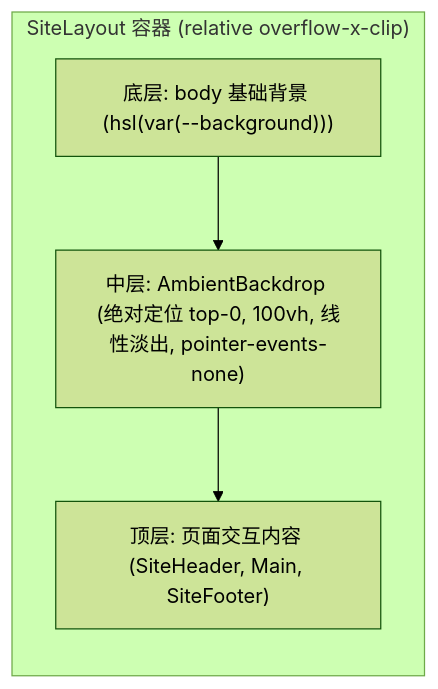
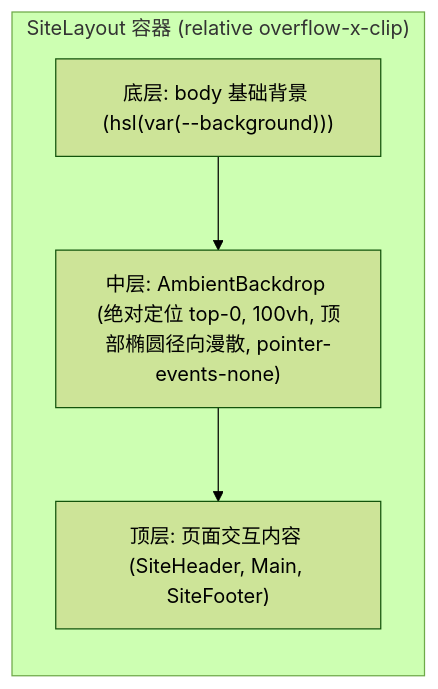
Before and after one commit to xidongdong-153/blog: the first of 2 diagrams in .trellis/tasks/archive/2026-09/09-04-add-ambient-backdrop/prd.md, drawn with Mermaid (forest theme). The commit also changed other lines of this file and 3 other files, not shown here.

````diff
--- a/.trellis/tasks/archive/2026-09/09-04-add-ambient-backdrop/prd.md
+++ b/.trellis/tasks/archive/2026-09/09-04-add-ambient-backdrop/prd.md
@@ -11,10 +11,10 @@
 ```mermaid
 flowchart TD
   subgraph Layout["SiteLayout 容器 (relative overflow-x-clip)"]
     direction TB
     L1["底层: body 基础背景 (hsl(var(--background)))"]
-    L2["中层: AmbientBackdrop (绝对定位 top-0, 100vh, 线性淡出, pointer-events-none)"]
+    L2["中层: AmbientBackdrop (绝对定位 top-0, 100vh, 顶部椭圆径向漫散, pointer-events-none)"]
     L3["顶层: 页面交互内容 (SiteHeader, Main, SiteFooter)"]
   end
   L1 --> L2 --> L3
 ```
````
